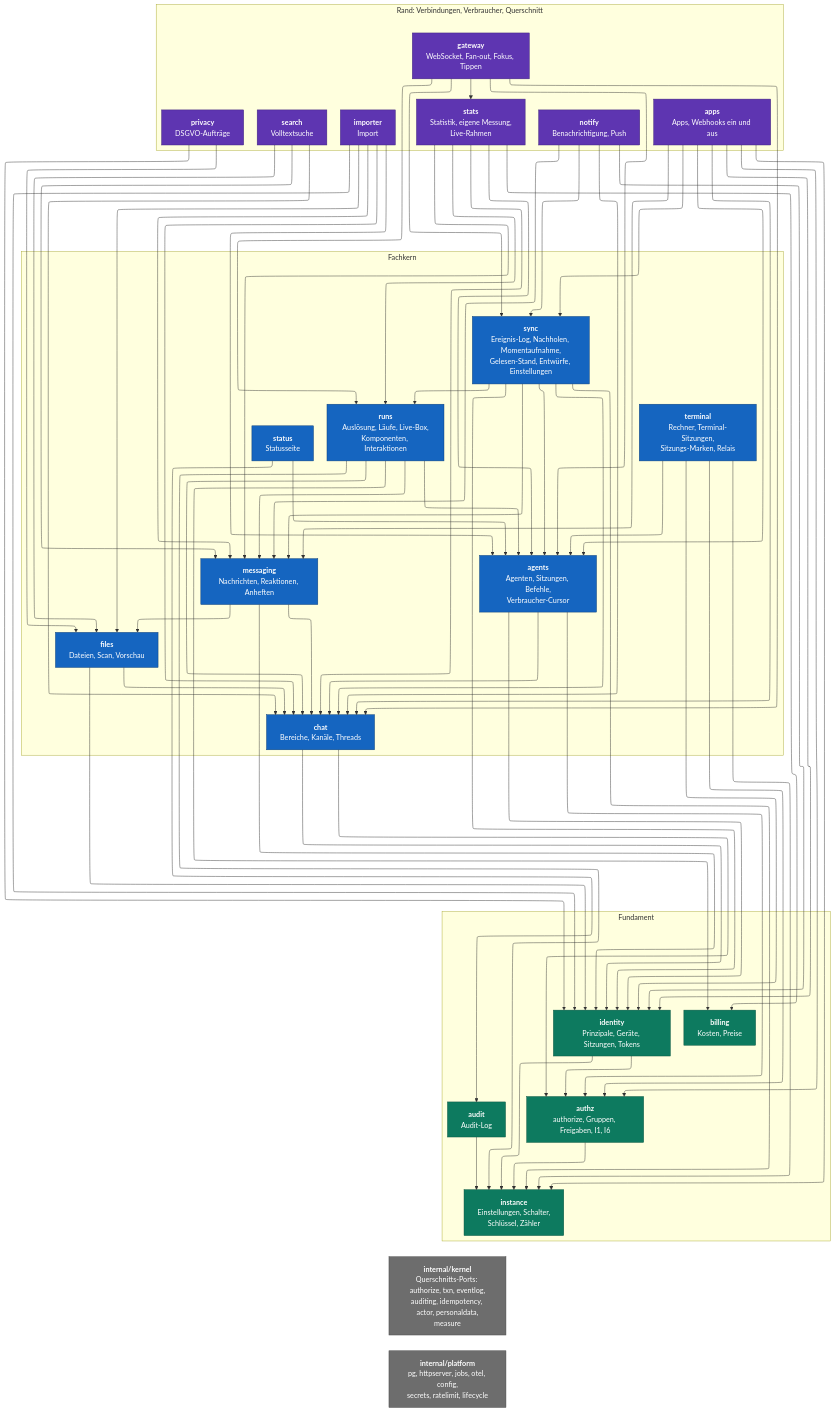
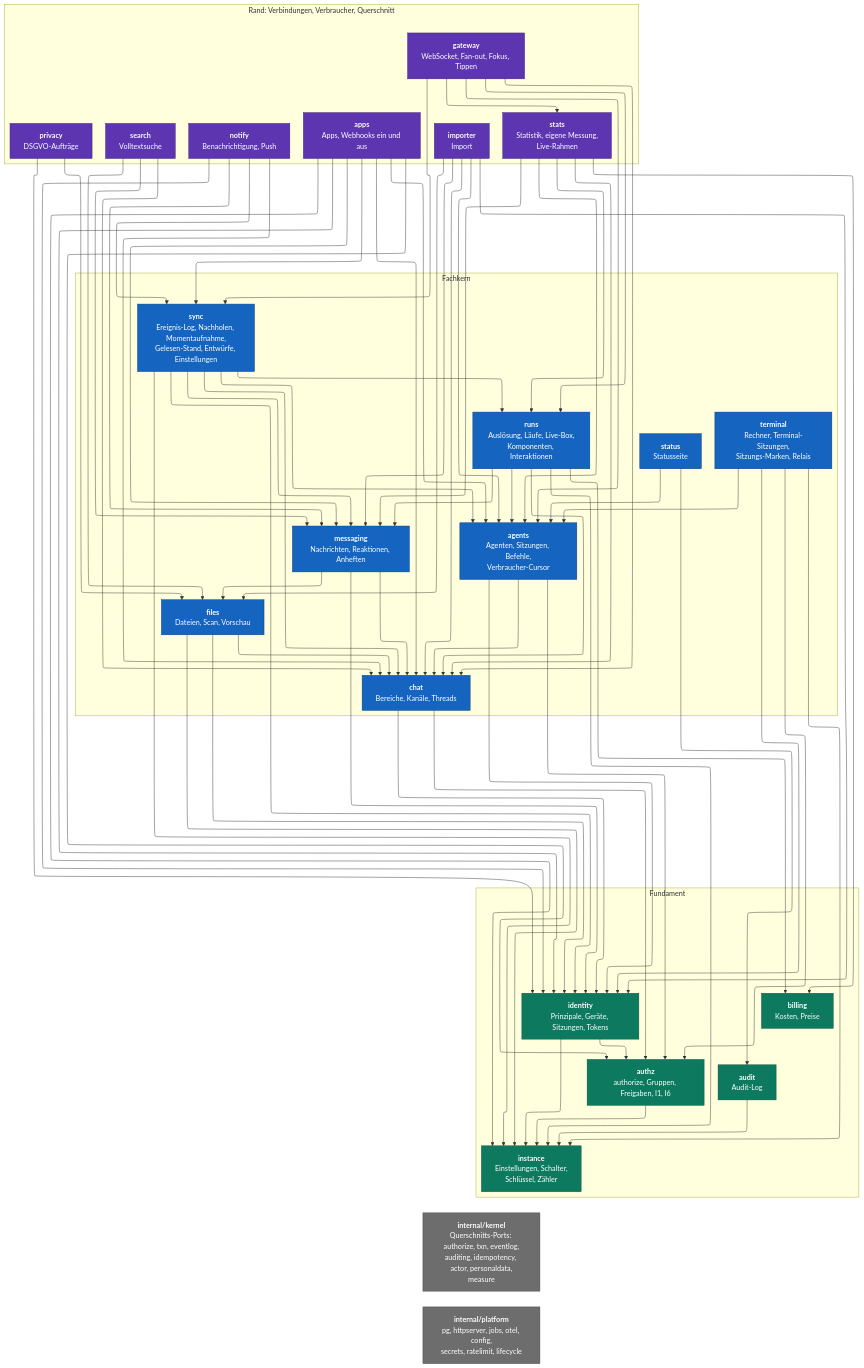
The diagram in docs/architecture/c4-3-komponenten-server.mmd (mguttmann/bothy), drawn with Mermaid before and after one commit. The commit also changed 95 other files, not shown here.

```diff
--- a/docs/architecture/c4-3-komponenten-server.mmd
+++ b/docs/architecture/c4-3-komponenten-server.mmd
@@ -1,109 +1,110 @@
 ---
 config:
   layout: elk
 ---
 %% C4 Ebene 3: Komponenten des Servers = Module des Monolithen.
 %% Pfeil A --> B heißt: A darf den Port von B aufrufen (Abhängigkeitstabelle in 02-architektur.md, 4.4).
 %% Alle Module nutzen zusätzlich die Querschnitts-Ports aus internal/kernel; diese Kanten sind nicht gezeichnet.
 flowchart TB
   classDef top fill:#5e35b1,stroke:#3b1f78,color:#ffffff
   classDef mid fill:#1565c0,stroke:#0b3c75,color:#ffffff
   classDef base fill:#0d7a5f,stroke:#08523f,color:#ffffff
   classDef shared fill:#6d6d6d,stroke:#474747,color:#ffffff
 
   subgraph edge["Rand: Verbindungen, Verbraucher, Querschnitt"]
     gateway["<b>gateway</b><br/>WebSocket, Fan-out, Fokus, Tippen"]:::top
     notify["<b>notify</b><br/>Benachrichtigung, Push"]:::top
     apps["<b>apps</b><br/>Apps, Webhooks ein und aus"]:::top
     stats["<b>stats</b><br/>Statistik, eigene Messung,<br/>Live-Rahmen"]:::top
     privacy["<b>privacy</b><br/>DSGVO-Aufträge"]:::top
     importer["<b>importer</b><br/>Import"]:::top
     search["<b>search</b><br/>Volltextsuche"]:::top
   end
 
   subgraph core["Fachkern"]
     sync["<b>sync</b><br/>Ereignis-Log, Nachholen, Momentaufnahme,<br/>Gelesen-Stand, Entwürfe, Einstellungen"]:::mid
     runs["<b>runs</b><br/>Auslösung, Läufe, Live-Box,<br/>Komponenten, Interaktionen"]:::mid
     messaging["<b>messaging</b><br/>Nachrichten, Reaktionen, Anheften"]:::mid
     status["<b>status</b><br/>Statusseite"]:::mid
     agents["<b>agents</b><br/>Agenten, Sitzungen, Befehle,<br/>Verbraucher-Cursor"]:::mid
     files["<b>files</b><br/>Dateien, Scan, Vorschau"]:::mid
     chat["<b>chat</b><br/>Bereiche, Kanäle, Threads"]:::mid
     terminal["<b>terminal</b><br/>Rechner, Terminal-Sitzungen,<br/>Sitzungs-Marken, Relais"]:::mid
   end
 
   subgraph foundation["Fundament"]
     identity["<b>identity</b><br/>Prinzipale, Geräte, Sitzungen, Tokens"]:::base
     authz["<b>authz</b><br/>authorize, Gruppen, Freigaben, I1, I6"]:::base
     audit["<b>audit</b><br/>Audit-Log"]:::base
     billing["<b>billing</b><br/>Kosten, Preise"]:::base
     instance["<b>instance</b><br/>Einstellungen, Schalter,<br/>Schlüssel, Zähler"]:::base
   end
 
   kernel["<b>internal/kernel</b><br/>Querschnitts-Ports: authorize, txn, eventlog,<br/>auditing, idempotency, actor, personaldata,<br/>measure"]:::shared
   platform["<b>internal/platform</b><br/>pg, httpserver, jobs, otel, config,<br/>secrets, ratelimit, lifecycle"]:::shared
 
   gateway --> chat
   gateway --> agents
   gateway --> runs
   gateway --> sync
   gateway --> stats
   notify --> identity
   notify --> chat
   notify --> messaging
   notify --> sync
   apps --> instance
   apps --> identity
   apps --> authz
   apps --> chat
   apps --> agents
   apps --> messaging
   apps --> sync
   stats --> chat
   stats --> agents
   stats --> messaging
   stats --> runs
   stats --> billing
   privacy --> identity
   privacy --> files
   importer --> identity
   importer --> chat
   importer --> agents
   importer --> messaging
   importer --> files
   search --> chat
   search --> messaging
   search --> files
   sync --> instance
   sync --> identity
   sync --> chat
   sync --> agents
   sync --> messaging
   sync --> runs
   runs --> instance
   runs --> chat
   runs --> agents
   runs --> messaging
   runs --> billing
   messaging --> identity
   messaging --> chat
   messaging --> files
   status --> agents
   status --> audit
   terminal --> instance
   terminal --> identity
   terminal --> authz
   terminal --> agents
   agents --> identity
   agents --> authz
   agents --> chat
   files --> identity
   files --> chat
+  files --> instance
   chat --> identity
   chat --> authz
   identity --> instance
   identity --> authz
   authz --> instance
   audit --> instance
   foundation ~~~ kernel
   kernel ~~~ platform
```
